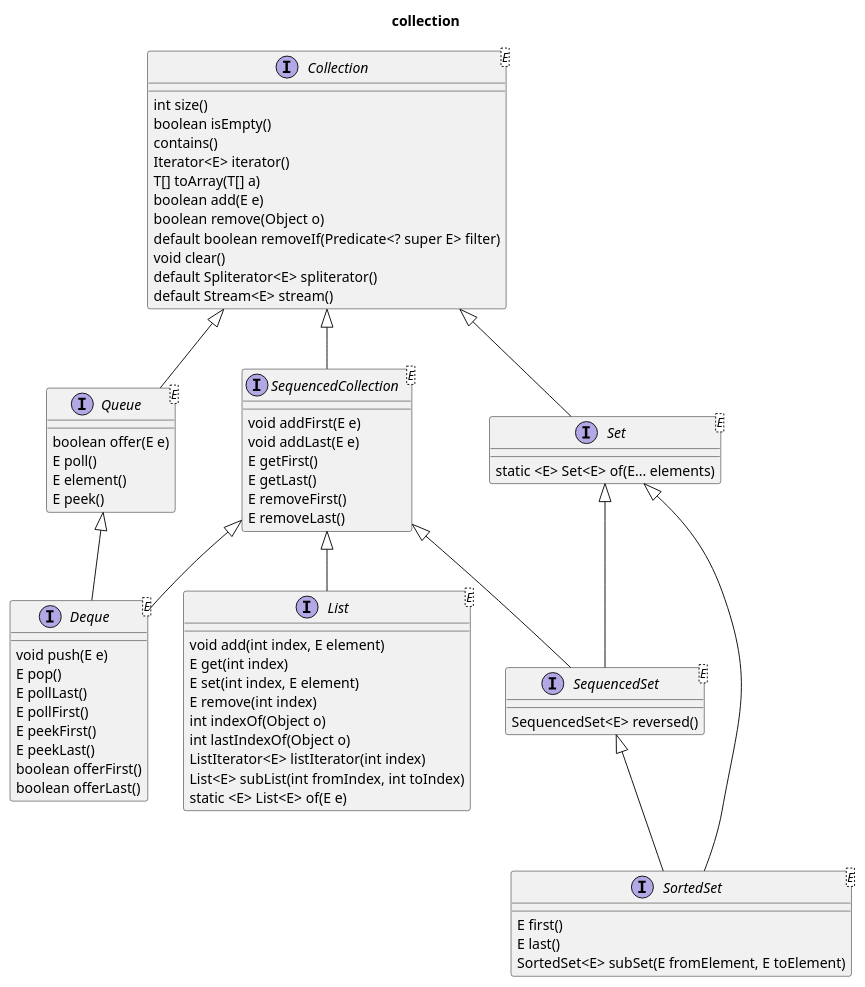
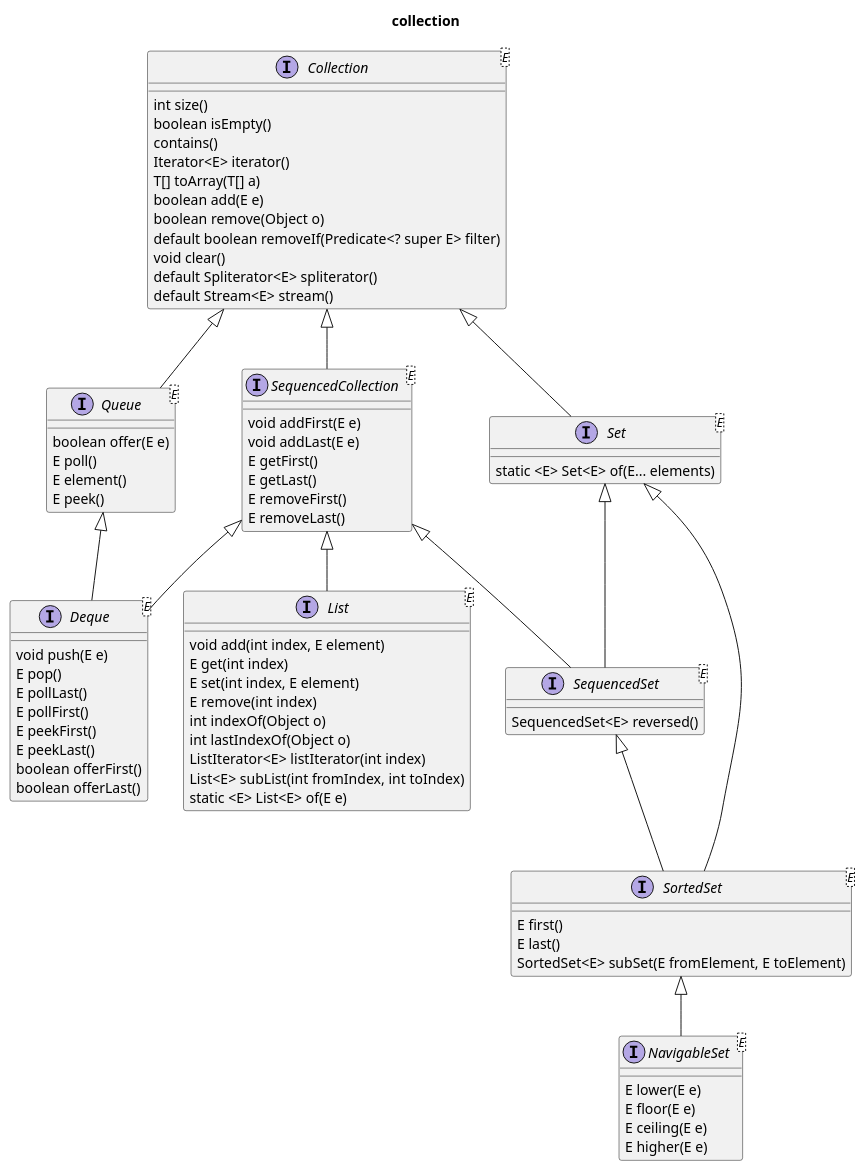
One commit to kevinwang930/kevinwang930.github.io changed the first of 12 diagrams in content/post/java/java-collections.md. Above: the diagram before and after it, drawn with PlantUML. The commit also changed other lines of this file and 4 other files, not shown here.

````diff
--- a/content/post/java/java-collections.md
+++ b/content/post/java/java-collections.md
@@ -53,63 +53,70 @@
 ```plantuml
 title:collection
 interface Collection<E> {
     int size()
     boolean isEmpty()
     contains()
     Iterator<E> iterator()
     T[] toArray(T[] a)
     boolean add(E e)
     boolean remove(Object o)
     default boolean removeIf(Predicate<? super E> filter)
     void clear()
     default Spliterator<E> spliterator()
     default Stream<E> stream()
 }
 interface SequencedCollection<E> extends Collection {
     void addFirst(E e)
     void addLast(E e)
     E getFirst()
     E getLast()
     E removeFirst()
     E removeLast()
 
 }
 interface List<E> extends SequencedCollection {
     void add(int index, E element)
     E get(int index)
     E set(int index, E element)
     E remove(int index)
     int indexOf(Object o)
     int lastIndexOf(Object o)
     ListIterator<E> listIterator(int index)
     List<E> subList(int fromIndex, int toIndex)
     static <E> List<E> of(E e)
 }
 interface Set<E> extends Collection {
     static <E> Set<E> of(E... elements)
 }
 interface SequencedSet<E> extends SequencedCollection, Set {
     SequencedSet<E> reversed()
 }
 interface SortedSet<E> extends Set, SequencedSet {
     E first()
     E last()
     SortedSet<E> subSet(E fromElement, E toElement)
 }
+
+interface NavigableSet<E> extends SortedSet {
+     E lower(E e)
+     E floor(E e)
+     E ceiling(E e)
+     E higher(E e)
+}
 interface Queue<E> extends Collection {
     boolean offer(E e)
     E poll()
     E element()
     E peek()
 }
 interface Deque<E> extends Queue, SequencedCollection {
     void push(E e)
     E pop()
     E pollLast()
     E pollFirst()
     E peekFirst()
     E peekLast()
     boolean offerFirst()
     boolean offerLast()
 }
 ```
````
